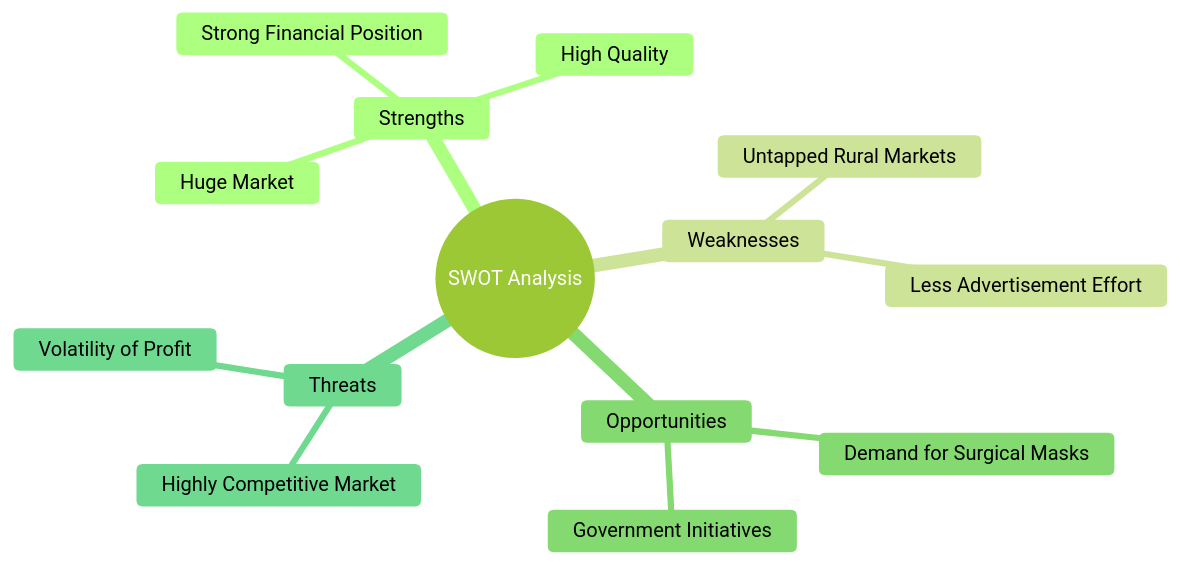
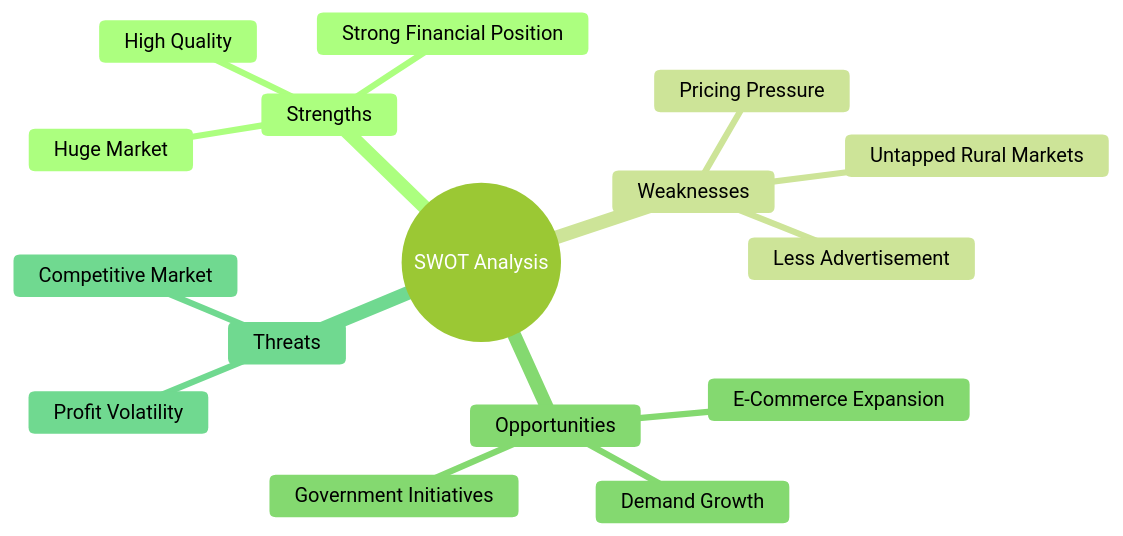
Before and after one commit to arindampradhan/pmegpeportal-programme: diagram 11 of 15 in docs/0001_3PlyMask/Deep-Research.md, drawn with Mermaid (forest theme). The commit also changed other lines of this file and 2 other files, not shown here.

First line of the commit message:
Enhance Surgical 3 Ply Mask Deep Research Report and Automation Script

````diff
--- a/docs/0001_3PlyMask/Deep-Research.md
+++ b/docs/0001_3PlyMask/Deep-Research.md
@@ -323,17 +350,19 @@
 ```mermaid
 mindmap
   root((SWOT Analysis))
     Strengths
       Huge Market
       Strong Financial Position
       High Quality
     Weaknesses
+      Pricing Pressure
       Untapped Rural Markets
-      Less Advertisement Effort
+      Less Advertisement
     Opportunities
-      Demand for Surgical Masks
+      Demand Growth
+      E-Commerce Expansion
       Government Initiatives
     Threats
-      Highly Competitive Market
-      Volatility of Profit
+      Competitive Market
+      Profit Volatility
 ```
````
